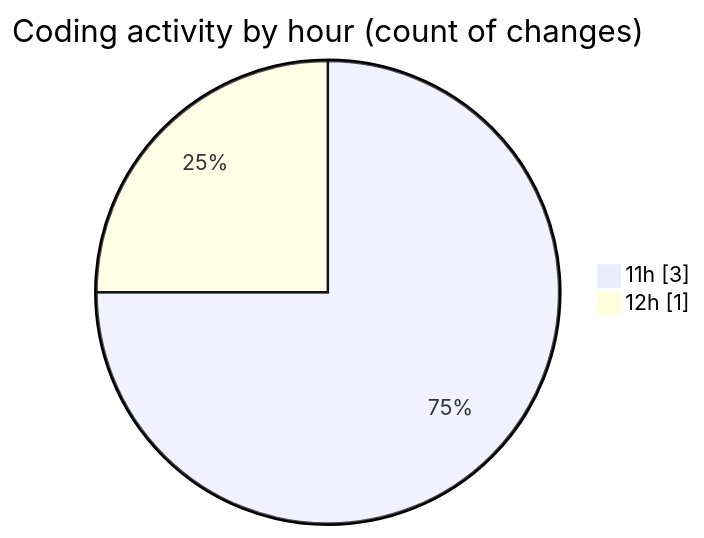
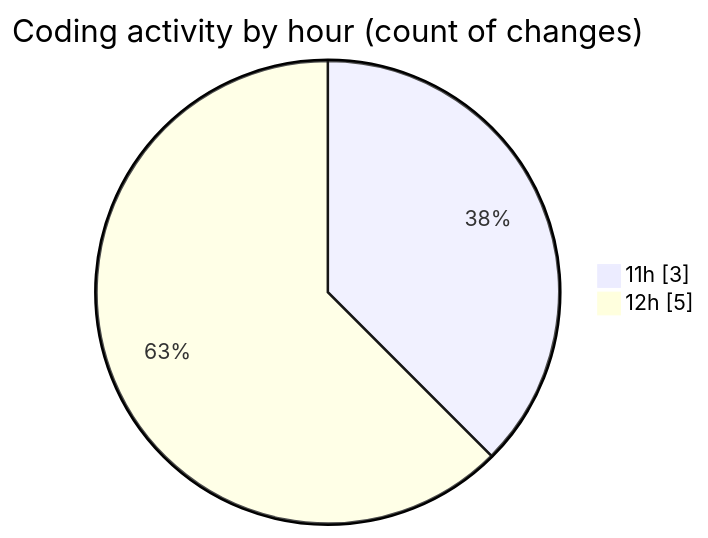
The second of 2 diagrams in 2025-05-07/nxtqube_webapp/README.md (nxtqubesakshisongat/code-tracking), drawn with Mermaid before and after one commit. The commit also changed other lines of this file and 1 other file, not shown here.

````diff
--- a/2025-05-07/nxtqube_webapp/README.md
+++ b/2025-05-07/nxtqube_webapp/README.md
@@ -28,6 +28,6 @@
 ```mermaid
 pie showData
 title Coding activity by hour (count of changes)
 "11h" : 3
-"12h" : 1
+"12h" : 5
 ```
````
